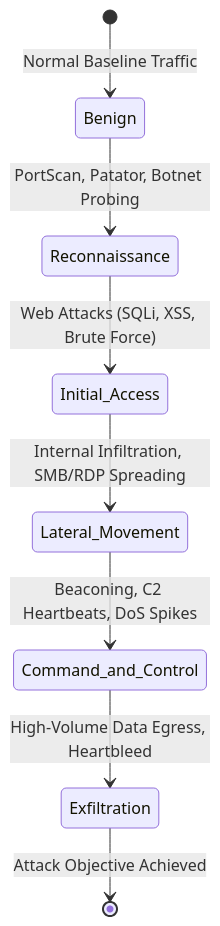
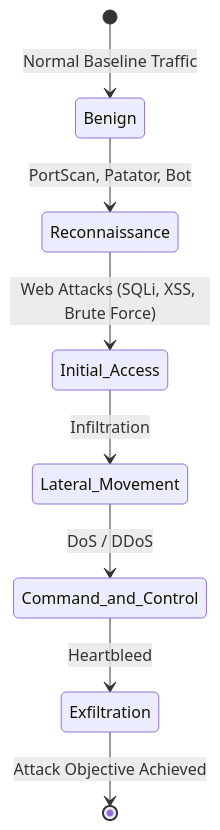
One commit to BuzyU/NetForecast changed the first of 2 diagrams in README.md. Above: the diagram before and after it, drawn with Mermaid. The commit also changed other lines of this file and 13 other files, not shown here.

````diff
--- a/README.md
+++ b/README.md
@@ -70,10 +86,10 @@
 ```mermaid
 stateDiagram-v2
     [*] --> Benign: Normal Baseline Traffic
-    Benign --> Reconnaissance: PortScan, Patator, Botnet Probing
+    Benign --> Reconnaissance: PortScan, Patator, Bot
     Reconnaissance --> Initial_Access: Web Attacks (SQLi, XSS, Brute Force)
-    Initial_Access --> Lateral_Movement: Internal Infiltration, SMB/RDP Spreading
-    Lateral_Movement --> Command_and_Control: Beaconing, C2 Heartbeats, DoS Spikes
-    Command_and_Control --> Exfiltration: High-Volume Data Egress, Heartbleed
+    Initial_Access --> Lateral_Movement: Infiltration
+    Lateral_Movement --> Command_and_Control: DoS / DDoS
+    Command_and_Control --> Exfiltration: Heartbleed
     Exfiltration --> [*]: Attack Objective Achieved
 ```
````
